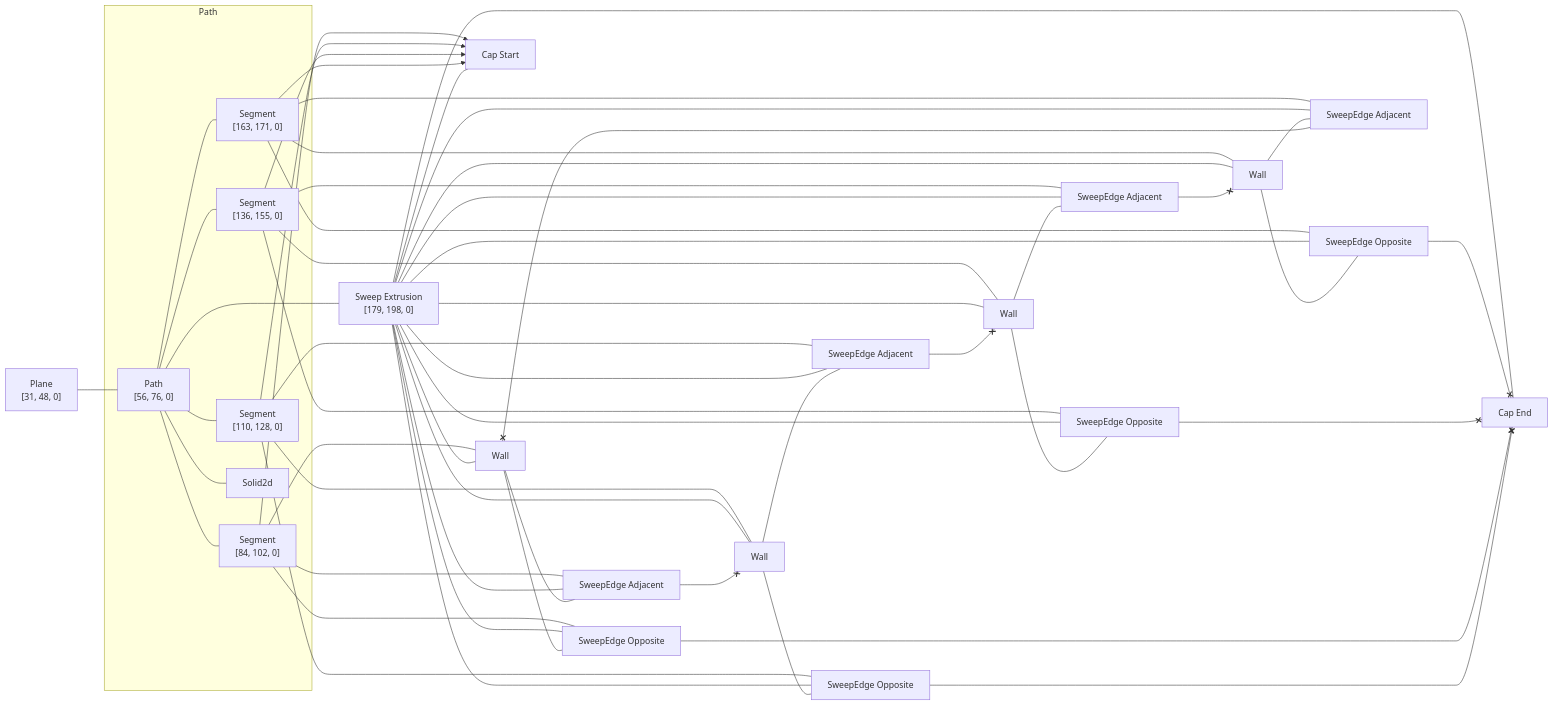
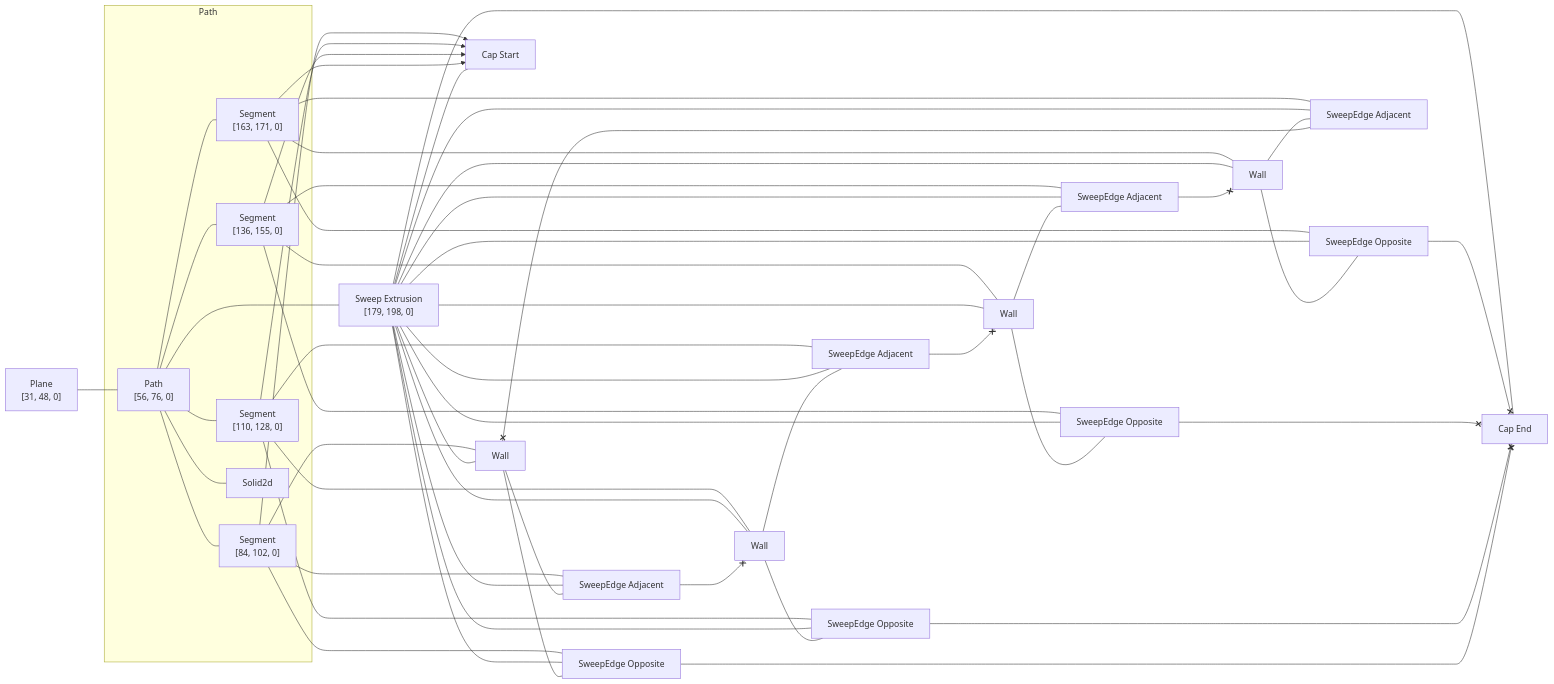
Before and after one commit to rajgandhi1/modeling-app: the diagram in rust/kcl-lib/tests/function_sketch_with_position/artifact_graph_flowchart.snap.md, drawn with Mermaid. The commit also changed 101 other files, not shown here.

````diff
--- a/rust/kcl-lib/tests/function_sketch_with_position/artifact_graph_flowchart.snap.md
+++ b/rust/kcl-lib/tests/function_sketch_with_position/artifact_graph_flowchart.snap.md
@@ -1,80 +1,80 @@
 ```mermaid
 flowchart LR
   subgraph path2 [Path]
     2["Path<br>[56, 76, 0]"]
     3["Segment<br>[84, 102, 0]"]
     4["Segment<br>[110, 128, 0]"]
     5["Segment<br>[136, 155, 0]"]
     6["Segment<br>[163, 171, 0]"]
     7[Solid2d]
   end
   1["Plane<br>[31, 48, 0]"]
   8["Sweep Extrusion<br>[179, 198, 0]"]
   9[Wall]
   10[Wall]
   11[Wall]
   12[Wall]
   13["Cap Start"]
   14["Cap End"]
   15["SweepEdge Opposite"]
   16["SweepEdge Opposite"]
   17["SweepEdge Opposite"]
   18["SweepEdge Opposite"]
   19["SweepEdge Adjacent"]
   20["SweepEdge Adjacent"]
   21["SweepEdge Adjacent"]
   22["SweepEdge Adjacent"]
   1 --- 2
   2 --- 3
   2 --- 4
   2 --- 5
   2 --- 6
   2 --- 7
   2 ---- 8
   3 --- 12
   3 x--> 13
-  3 --- 17
-  3 --- 21
+  3 --- 18
+  3 --- 22
   4 --- 10
   4 x--> 13
-  4 --- 18
-  4 --- 19
+  4 --- 17
+  4 --- 21
   5 --- 9
   5 x--> 13
   5 --- 16
   5 --- 20
   6 --- 11
   6 x--> 13
   6 --- 15
-  6 --- 22
+  6 --- 19
   8 --- 9
   8 --- 10
   8 --- 11
   8 --- 12
   8 --- 13
   8 --- 14
   8 --- 15
   8 --- 16
   8 --- 17
   8 --- 18
   8 --- 19
   8 --- 20
   8 --- 21
   8 --- 22
   9 --- 16
-  19 <--x 9
   9 --- 20
-  10 --- 18
-  10 --- 19
-  21 <--x 10
+  21 <--x 9
+  10 --- 17
+  10 --- 21
+  22 <--x 10
   11 --- 15
+  11 --- 19
   20 <--x 11
-  11 --- 22
-  12 --- 17
-  12 --- 21
-  22 <--x 12
+  12 --- 18
+  19 <--x 12
+  12 --- 22
   15 <--x 14
   16 <--x 14
   17 <--x 14
   18 <--x 14
 ```
````
